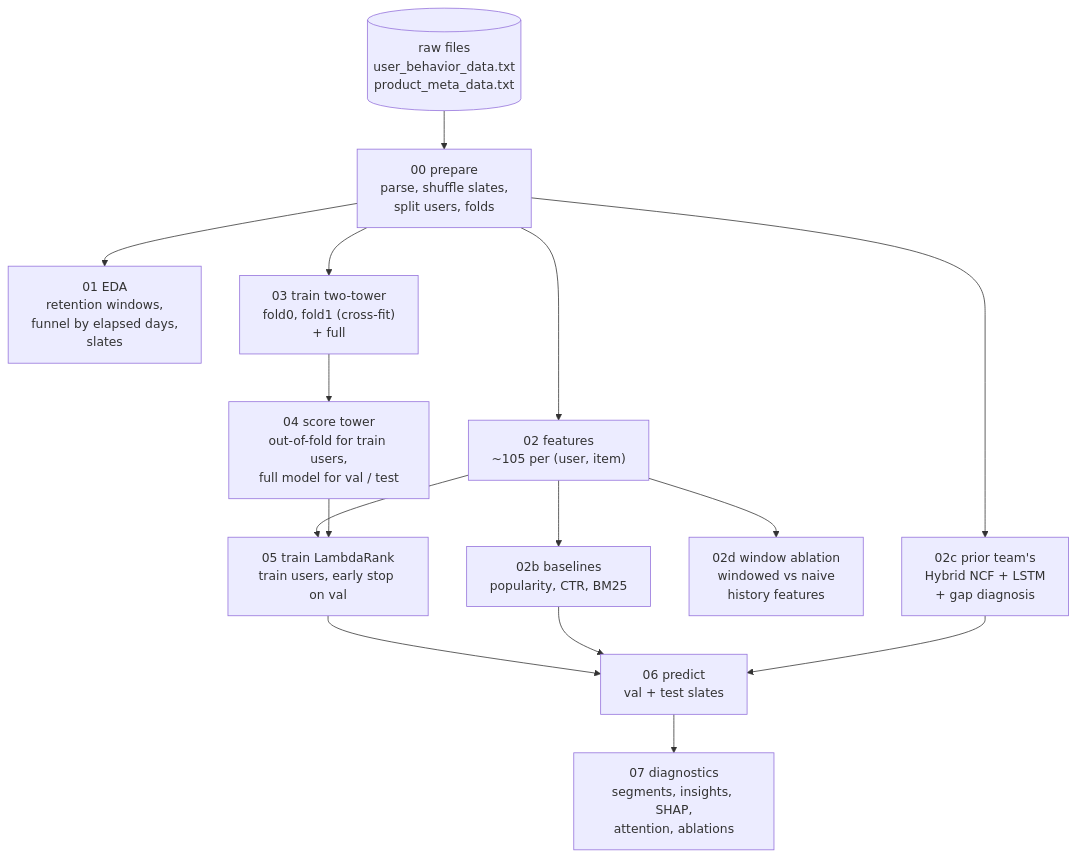
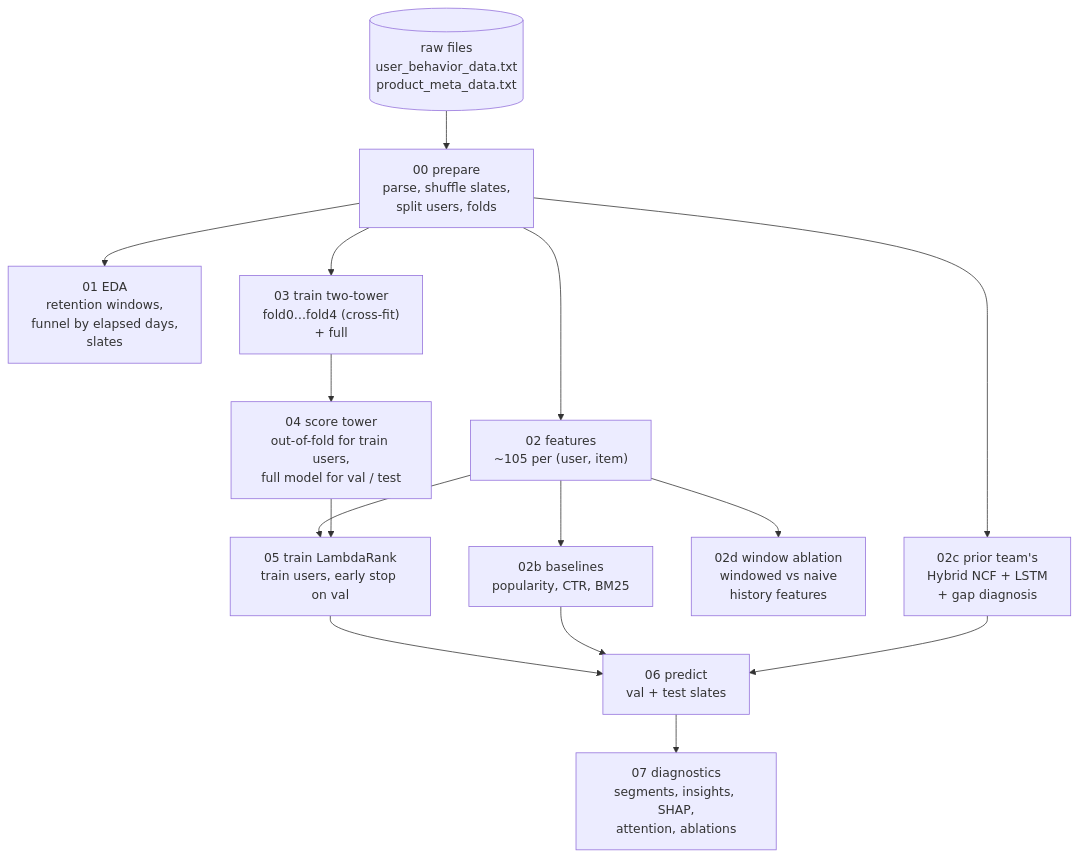
The diagram in README.md (harvestingmoon/bt4222-two-tower-recsys), drawn with Mermaid before and after one commit. The commit also changed other lines of this file and 4 other files, not shown here.

````diff
--- a/README.md
+++ b/README.md
@@ -120,17 +120,17 @@
 ```mermaid
 flowchart TD
     R[("raw files<br/>user_behavior_data.txt<br/>product_meta_data.txt")] --> P["00 prepare<br/>parse, shuffle slates,<br/>split users, folds"]
     P --> E["01 EDA<br/>retention windows,<br/>funnel by elapsed days,<br/>slates"]
     P --> F["02 features<br/>~105 per (user, item)"]
     F --> B["02b baselines<br/>popularity, CTR, BM25"]
     P --> N["02c prior team's<br/>Hybrid NCF + LSTM<br/>+ gap diagnosis"]
     F --> W["02d window ablation<br/>windowed vs naive<br/>history features"]
-    P --> T["03 train two-tower<br/>fold0, fold1 (cross-fit)<br/>+ full"]
+    P --> T["03 train two-tower<br/>fold0…fold4 (cross-fit)<br/>+ full"]
     T --> S["04 score tower<br/>out-of-fold for train users,<br/>full model for val / test"]
     F --> K["05 train LambdaRank<br/>train users, early stop on val"]
     S --> K
     K --> X["06 predict<br/>val + test slates"]
     X --> D["07 diagnostics<br/>segments, insights, SHAP,<br/>attention, ablations"]
     B --> X
     N --> X
 ```
````
